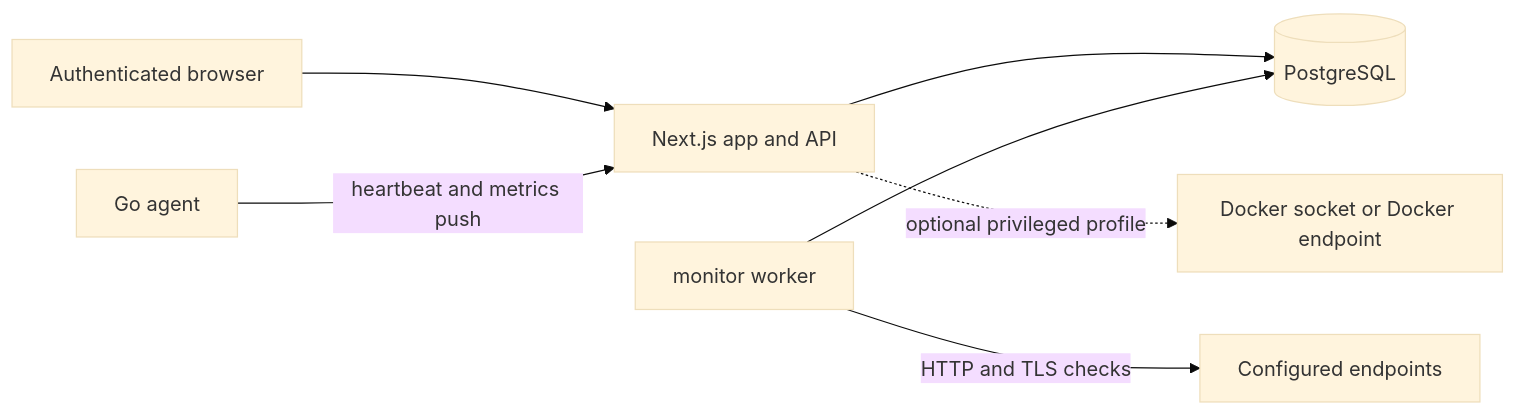
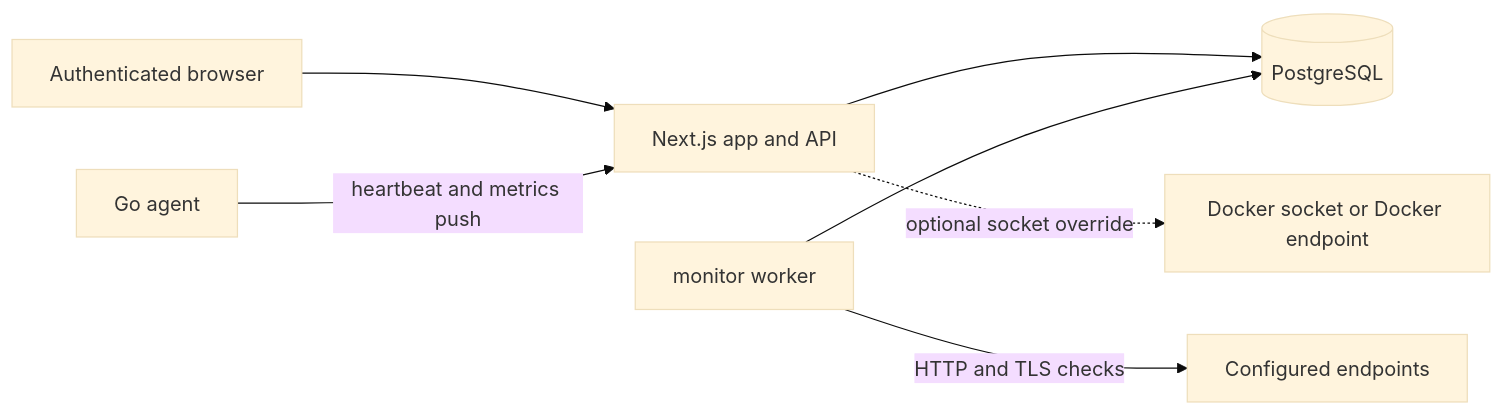
One commit to Claritys11/DevSecOps-Dashboard changed the diagram in docs/architecture.md. Above: the diagram before and after it, drawn with Mermaid (base theme). The commit also changed 112 other files, not shown here.

````diff
--- a/docs/architecture.md
+++ b/docs/architecture.md
@@ -5,9 +5,9 @@
 ```mermaid
 flowchart LR
   Browser[Authenticated browser] --> App[Next.js app and API]
   Agent[Go agent] -->|heartbeat and metrics push| App
   App --> DB[(PostgreSQL)]
   Worker[monitor worker] --> DB
   Worker -->|HTTP and TLS checks| Endpoints[Configured endpoints]
-  App -. optional privileged profile .-> Docker[Docker socket or Docker endpoint]
+  App -. optional socket override .-> Docker[Docker socket or Docker endpoint]
 ```
````
